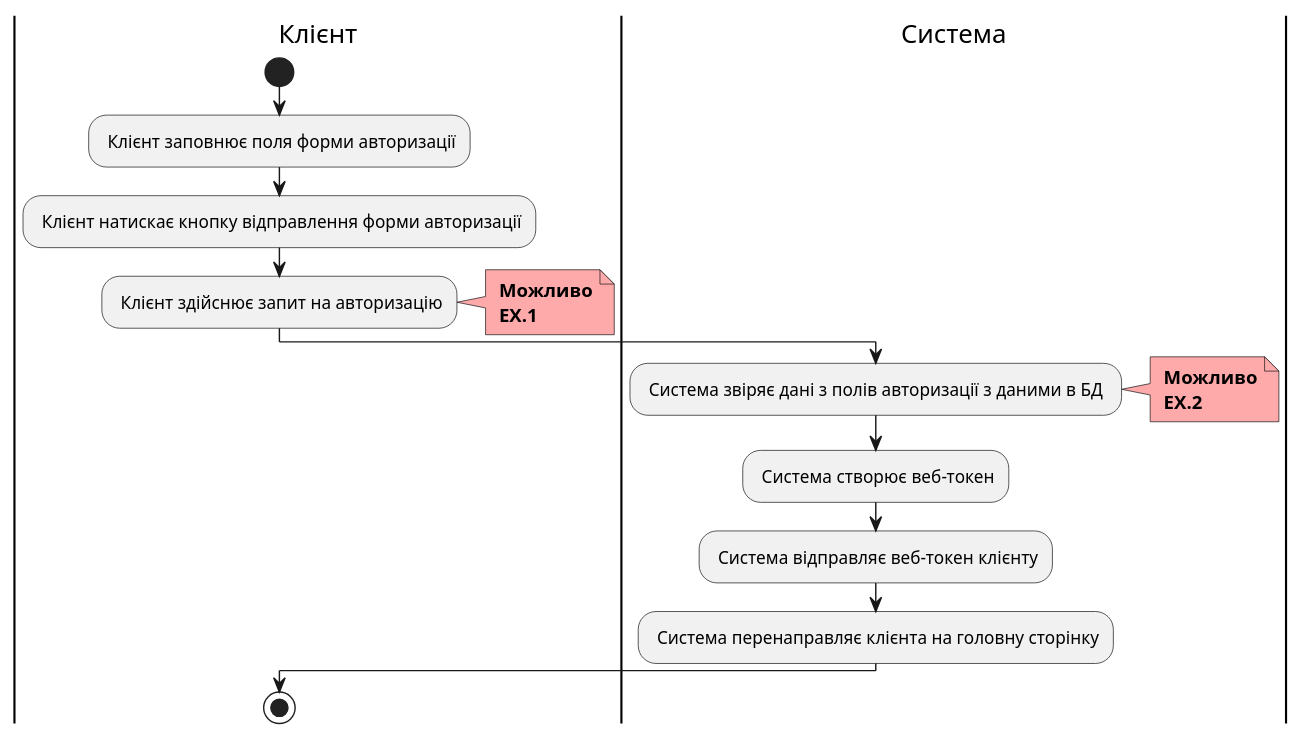
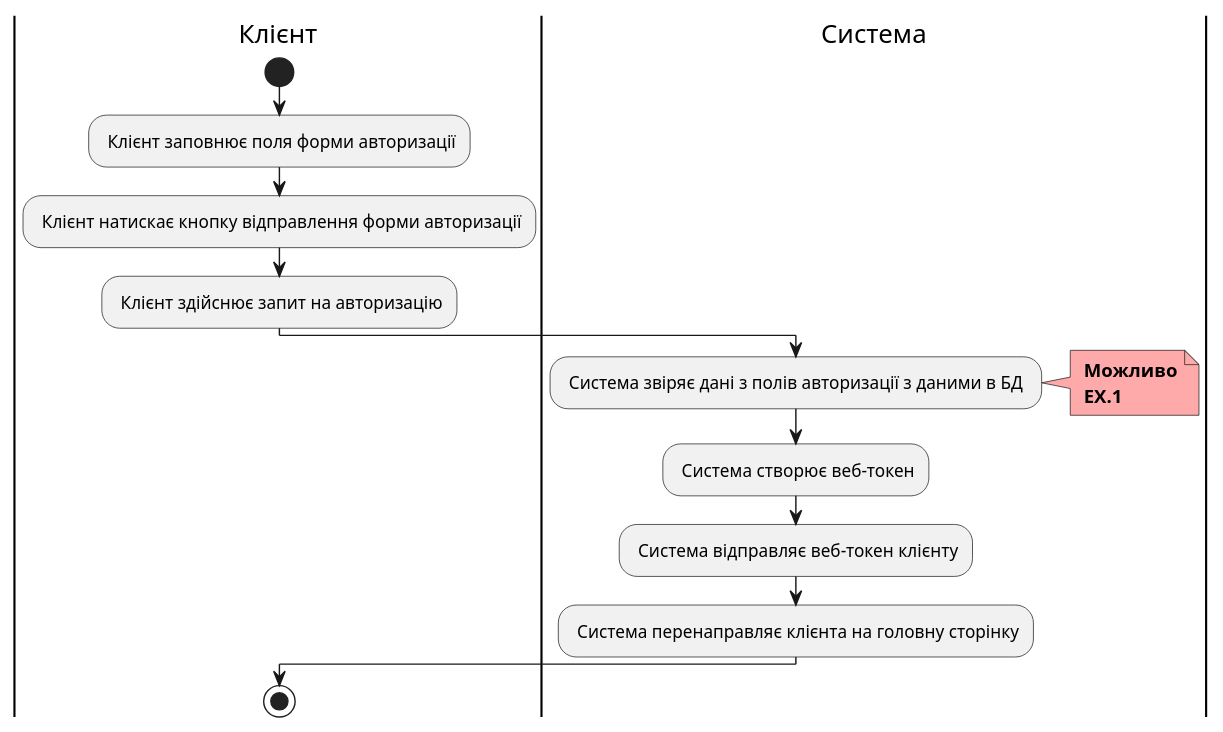
One commit to Pashhaa/media-content-analyze-system changed the second of 4 diagrams in docs/use cases/README.md. Above: the diagram before and after it, drawn with PlantUML. The commit also changed other lines of this file, not shown here.

```diff
--- a/docs/use cases/README.md
+++ b/docs/use cases/README.md
@@ -84,24 +73,20 @@
 @startuml
         
     |Клієнт|
         start
         : Клієнт заповнює поля форми авторизації;
         : Клієнт натискає кнопку відправлення форми авторизації;
         : Клієнт здійснює запит на авторизацію;
-        note right #ffaaaa
-        <b> Можливо
-        <b> EX.1
-        end note
     |Система|
         : Система звіряє дані з полів авторизації з даними в БД ;       
         note right #ffaaaa
         <b> Можливо
-        <b> EX.2
+        <b> EX.1
         end note
         : Система створює веб-токен;
         : Система відправляє веб-токен клієнту;
         : Система перенаправляє клієнта на головну сторінку;
     |Клієнт|
         stop;
 
 @enduml
```
